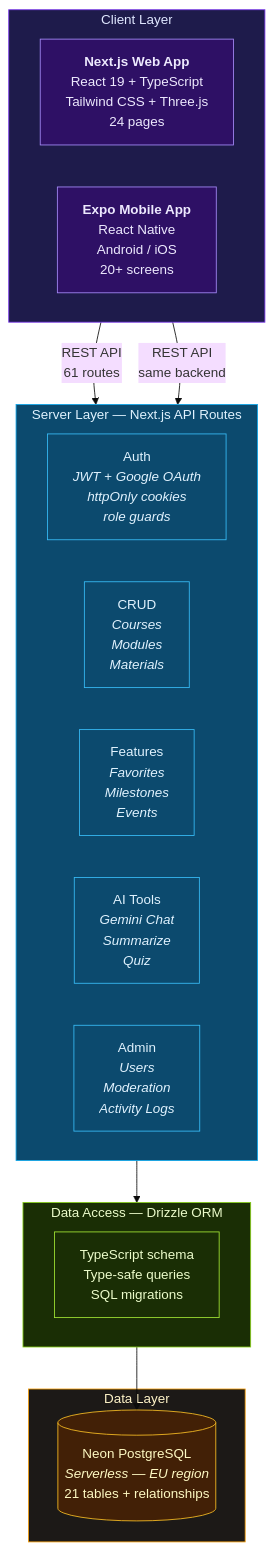
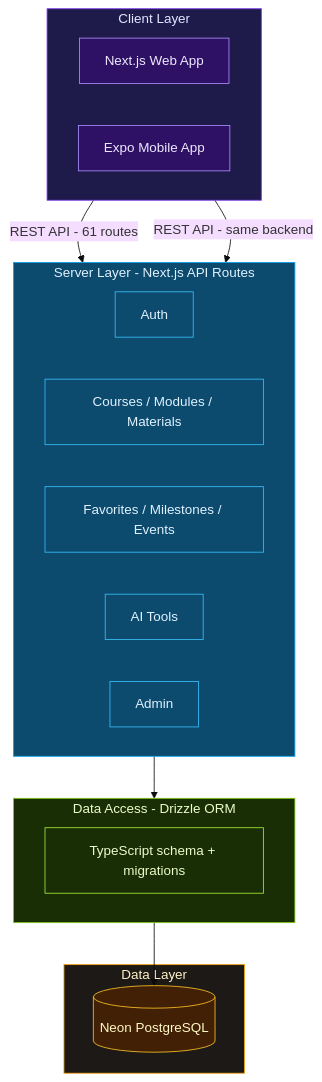
The first of 4 diagrams in README.md (mariva565/mariva565-full-stack-ai-capstone), drawn with Mermaid (base theme) before and after one commit. The commit also changed other lines of this file and 8 other files, not shown here.

Commit message:
feat: implement mobile API client and web material management components

````diff
--- a/README.md
+++ b/README.md
@@ -170,44 +170,44 @@
 ```mermaid
 graph TB
     subgraph CLIENT["Client Layer"]
         direction LR
-        WEB["<b>Next.js Web App</b><br/>React 19 + TypeScript<br/>Tailwind CSS + Three.js<br/>24 pages"]
-        MOBILE["<b>Expo Mobile App</b><br/>React Native<br/>Android / iOS<br/>20+ screens"]
+        WEB["Next.js Web App"]
+        MOBILE["Expo Mobile App"]
     end
 
-    subgraph SERVER["Server Layer — Next.js API Routes"]
+    subgraph SERVER["Server Layer - Next.js API Routes"]
         direction LR
-        AUTH["Auth<br/><i>JWT + Google OAuth</i><br/><i>httpOnly cookies</i><br/><i>role guards</i>"]
-        CRUD["CRUD<br/><i>Courses</i><br/><i>Modules</i><br/><i>Materials</i>"]
-        FEATURES["Features<br/><i>Favorites</i><br/><i>Milestones</i><br/><i>Events</i>"]
-        AI["AI Tools<br/><i>Gemini Chat</i><br/><i>Summarize</i><br/><i>Quiz</i>"]
-        ADMIN["Admin<br/><i>Users</i><br/><i>Moderation</i><br/><i>Activity Logs</i>"]
+        AUTH["Auth"]
+        CRUD["Courses / Modules / Materials"]
+        FEATURES["Favorites / Milestones / Events"]
+        AI["AI Tools"]
+        ADMIN["Admin"]
     end
 
-    subgraph ORM["Data Access — Drizzle ORM"]
-        DRIZZLE["TypeScript schema<br/>Type-safe queries<br/>SQL migrations"]
+    subgraph ORM["Data Access - Drizzle ORM"]
+        DRIZZLE["TypeScript schema + migrations"]
     end
 
     subgraph DATA["Data Layer"]
-        DB[("Neon PostgreSQL<br/><i>Serverless — EU region</i><br/>21 tables + relationships")]
+        DB[("Neon PostgreSQL")]
     end
 
-    WEB -->|"REST API<br/>61 routes"| SERVER
-    MOBILE -->|"REST API<br/>same backend"| SERVER
+    WEB -->|"REST API - 61 routes"| SERVER
+    MOBILE -->|"REST API - same backend"| SERVER
     SERVER --> ORM
     ORM --> DB
 
     style CLIENT fill:#1e1b4b,stroke:#7c3aed,color:#e0e7ff
     style SERVER fill:#0c4a6e,stroke:#0ea5e9,color:#e0f2fe
     style ORM fill:#1a2e05,stroke:#84cc16,color:#ecfccb
     style DATA fill:#1c1917,stroke:#f59e0b,color:#fef3c7
     style WEB fill:#2e1065,stroke:#a78bfa,color:#ede9fe
     style MOBILE fill:#2e1065,stroke:#a78bfa,color:#ede9fe
     style AUTH fill:#0c4a6e,stroke:#38bdf8,color:#e0f2fe
     style CRUD fill:#0c4a6e,stroke:#38bdf8,color:#e0f2fe
     style FEATURES fill:#0c4a6e,stroke:#38bdf8,color:#e0f2fe
     style AI fill:#0c4a6e,stroke:#38bdf8,color:#e0f2fe
     style ADMIN fill:#0c4a6e,stroke:#38bdf8,color:#e0f2fe
     style DRIZZLE fill:#1a2e05,stroke:#a3e635,color:#ecfccb
     style DB fill:#422006,stroke:#fbbf24,color:#fef9c3
 ```
````
